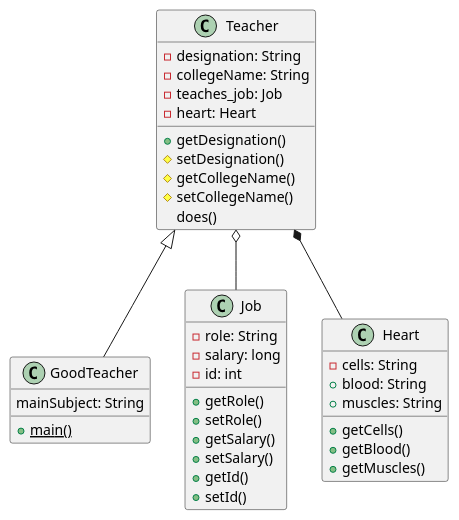
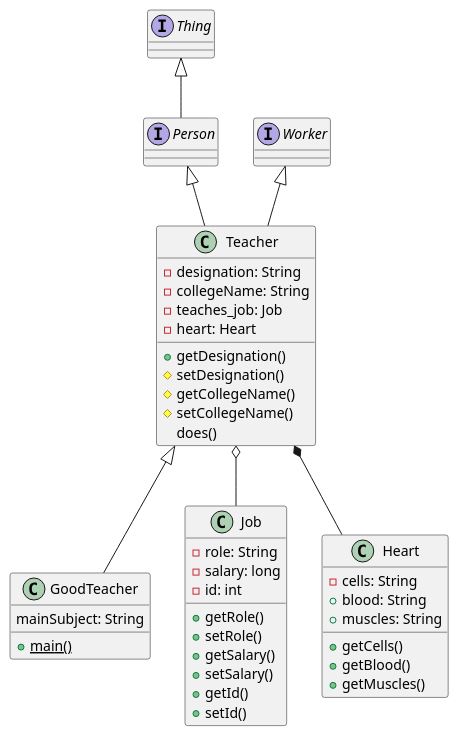
One commit to afmoyar/Java-Documentator changed the diagram in Java-documentator/Documentation/Class_diagram.puml. Above: the diagram before and after it, drawn with PlantUML. The commit also changed 3 other files, not shown here.

```diff
--- a/Java-documentator/Documentation/Class_diagram.puml
+++ b/Java-documentator/Documentation/Class_diagram.puml
@@ -1,39 +1,48 @@
 @startuml
+Interface Thing{
+}
+Interface Person{
+}
+Interface Worker{
+}
 class Teacher{
 	-designation: String
 	-collegeName: String
 	-teaches_job: Job
 	-heart: Heart
 	+getDesignation()
 	#setDesignation()
 	#getCollegeName()
 	#setCollegeName()
 	does()
 }
 class GoodTeacher{
 	mainSubject: String
 	+{static}main()
 }
 class Job{
 	-role: String
 	-salary: long
 	-id: int
 	+getRole()
 	+setRole()
 	+getSalary()
 	+setSalary()
 	+getId()
 	+setId()
 }
 class Heart{
 	-cells: String
 	+blood: String
 	+muscles: String
 	+getCells()
 	+getBlood()
 	+getMuscles()
 }
 Teacher <|-- GoodTeacher
 Teacher o-- Job
 Teacher *-- Heart
+Person <|-- Teacher
+Worker <|-- Teacher
+Thing <|-- Person
 @enduml
```
